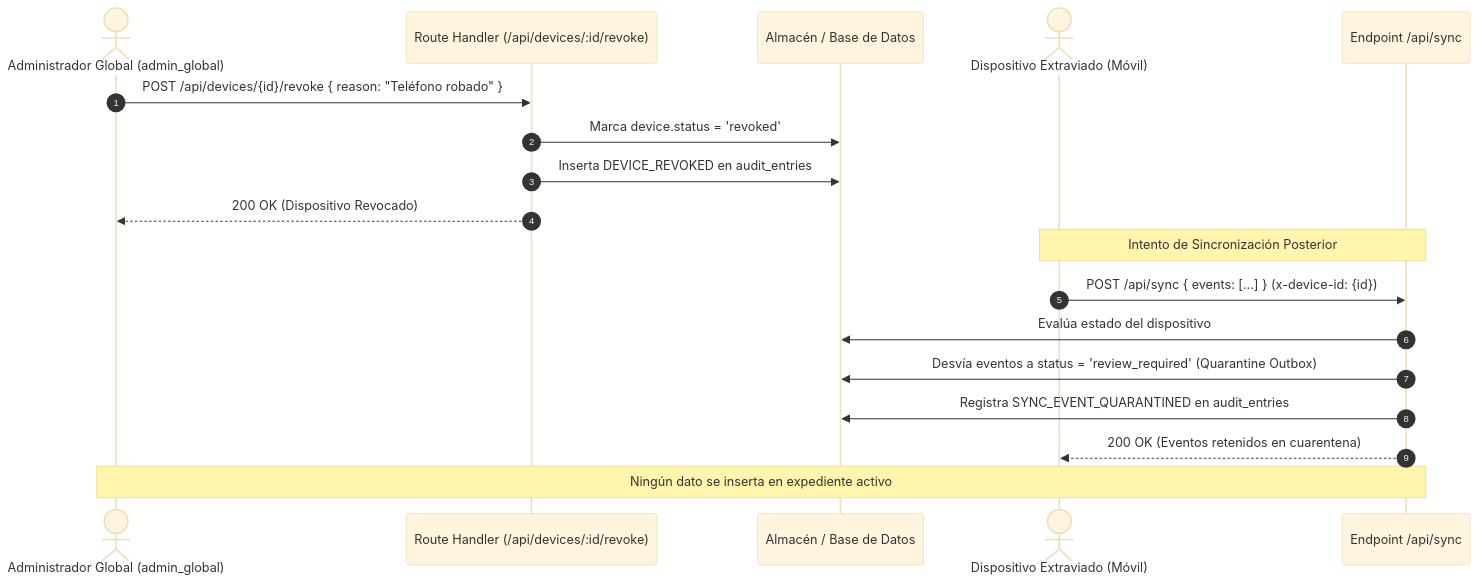
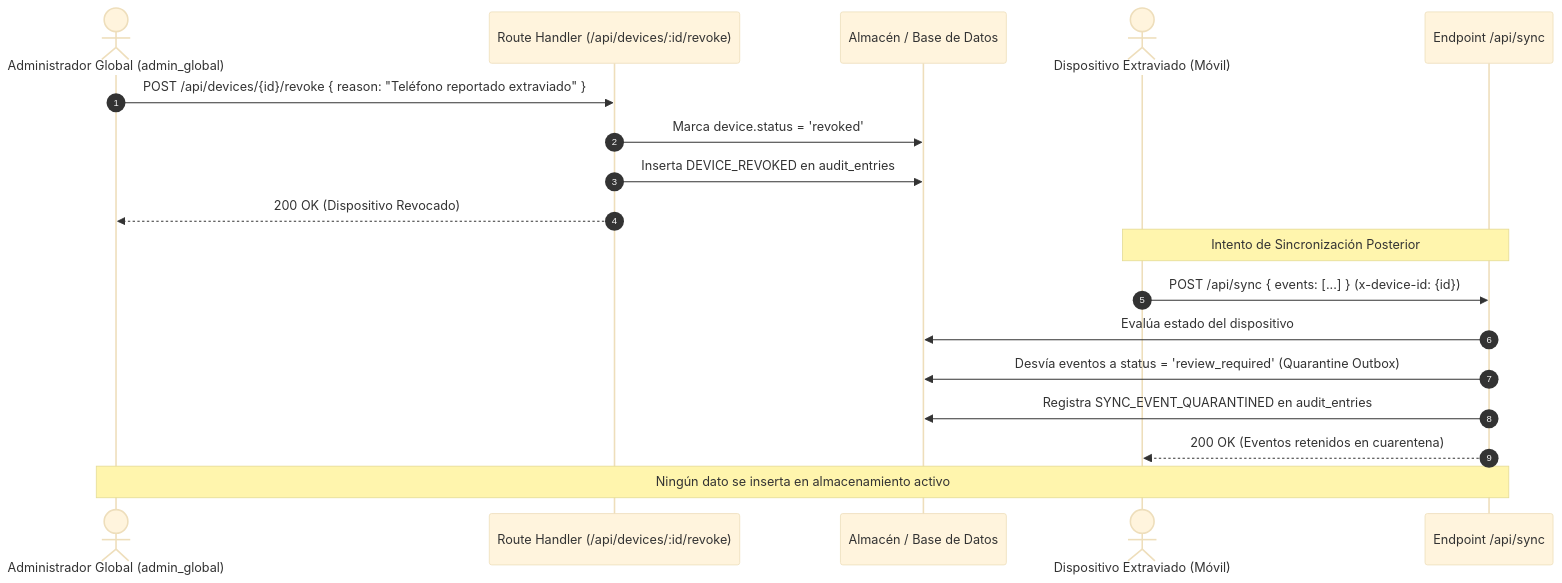
The third of 3 diagrams in docs/operations/staging-deployment-runbook.md (miguelms/GoldenStarterCodex), drawn with Mermaid (base theme) before and after one commit. The commit also changed other lines of this file and 43 other files, not shown here.

````diff
--- a/docs/operations/staging-deployment-runbook.md
+++ b/docs/operations/staging-deployment-runbook.md
@@ -261,22 +261,22 @@
 ```mermaid
 sequenceDiagram
     autonumber
     actor Admin as Administrador Global (admin_global)
     participant API as Route Handler (/api/devices/:id/revoke)
     participant Store as Almacén / Base de Datos
     actor Thief as Dispositivo Extraviado (Móvil)
     participant Sync as Endpoint /api/sync
 
-    Admin->>API: POST /api/devices/{id}/revoke { reason: "Teléfono robado" }
+    Admin->>API: POST /api/devices/{id}/revoke { reason: "Teléfono reportado extraviado" }
     API->>Store: Marca device.status = 'revoked'
     API->>Store: Inserta DEVICE_REVOKED en audit_entries
     API-->>Admin: 200 OK (Dispositivo Revocado)
 
     Note over Thief,Sync: Intento de Sincronización Posterior
     Thief->>Sync: POST /api/sync { events: [...] } (x-device-id: {id})
     Sync->>Store: Evalúa estado del dispositivo
     Sync->>Store: Desvía eventos a status = 'review_required' (Quarantine Outbox)
     Sync->>Store: Registra SYNC_EVENT_QUARANTINED en audit_entries
     Sync-->>Thief: 200 OK (Eventos retenidos en cuarentena)
-    Note over Sync,Admin: Ningún dato se inserta en expediente activo
+    Note over Sync,Admin: Ningún dato se inserta en almacenamiento activo
 ```
````
